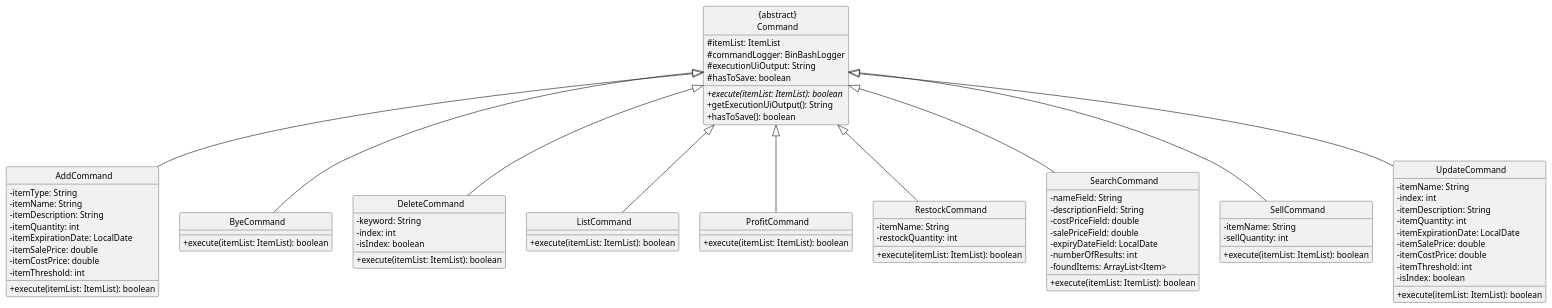
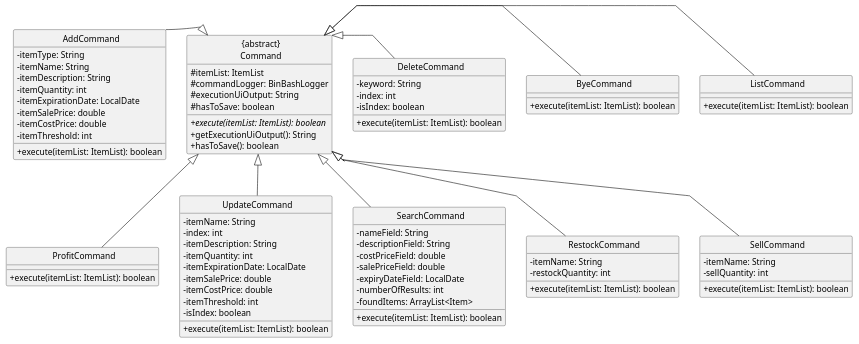
One commit to AY2324S2-CS2113T-T09-2/tp changed the diagram in docs/diagrams/CommandClassDiagram.puml. Above: the diagram before and after it, drawn with PlantUML.

Commit message:
Reorder layout of classes in Command Class Diagram

```diff
--- a/docs/diagrams/CommandClassDiagram.puml
+++ b/docs/diagrams/CommandClassDiagram.puml
@@ -1,94 +1,108 @@
 @startuml
 
 skinparam classAttributeIconSize 0
 skinparam CircledCharacterFontSize 0
 skinparam CircledCharacterRadius 0
+skinparam linetype polyline
+
 
 class "{abstract}\nCommand" {
     # itemList: ItemList
     # commandLogger: BinBashLogger
     # executionUiOutput: String
     # hasToSave: boolean
     + {abstract} execute(itemList: ItemList): boolean
     + getExecutionUiOutput(): String
     + hasToSave(): boolean
 }
 
 class AddCommand {
     - itemType: String
     - itemName: String
     - itemDescription: String
     - itemQuantity: int
     - itemExpirationDate: LocalDate
     - itemSalePrice: double
     - itemCostPrice: double
     - itemThreshold: int
     + execute(itemList: ItemList): boolean
 }
 
 class ByeCommand {
     + execute(itemList: ItemList): boolean
 }
 
 class DeleteCommand {
     - keyword: String
     - index: int
     - isIndex: boolean
     + execute(itemList: ItemList): boolean
 }
 
 class ListCommand {
     + execute(itemList: ItemList): boolean
 }
 
 class ProfitCommand {
     + execute(itemList: ItemList): boolean
 }
 
 class RestockCommand {
     - itemName: String
     - restockQuantity: int
     + execute(itemList: ItemList): boolean
 }
 
 class SearchCommand {
     - nameField: String
     - descriptionField: String
     - costPriceField: double
     - salePriceField: double
     - expiryDateField: LocalDate
     - numberOfResults: int
     - foundItems: ArrayList<Item>
     + execute(itemList: ItemList): boolean
 }
 
 class SellCommand {
     - itemName: String
     - sellQuantity: int
     + execute(itemList: ItemList): boolean
 }
 
 class UpdateCommand {
     - itemName: String
     - index: int
     - itemDescription: String
     - itemQuantity: int
     - itemExpirationDate: LocalDate
     - itemSalePrice: double
     - itemCostPrice: double
     - itemThreshold: int
     - isIndex: boolean
     + execute(itemList: ItemList): boolean
 }
 
+' Layout hints using hidden arrows
+AddCommand -[hidden]r- "{abstract}\nCommand"
+ByeCommand -[hidden]r- "{abstract}\nCommand"
+DeleteCommand -[hidden]r- "{abstract}\nCommand"
+ListCommand -[hidden]r- "{abstract}\nCommand"
+
+' Hidden arrows to suggest vertical positioning
+AddCommand -[hidden]- ProfitCommand
+ByeCommand -[hidden]- RestockCommand
+DeleteCommand -[hidden]- SearchCommand
+ListCommand -[hidden]- SellCommand
+
 "{abstract}\nCommand" <|-- AddCommand
 "{abstract}\nCommand" <|-- ByeCommand
 "{abstract}\nCommand" <|-- DeleteCommand
 "{abstract}\nCommand" <|-- ListCommand
 "{abstract}\nCommand" <|-- ProfitCommand
 "{abstract}\nCommand" <|-- RestockCommand
 "{abstract}\nCommand" <|-- SearchCommand
 "{abstract}\nCommand" <|-- SellCommand
 "{abstract}\nCommand" <|-- UpdateCommand
 
 @enduml
```
